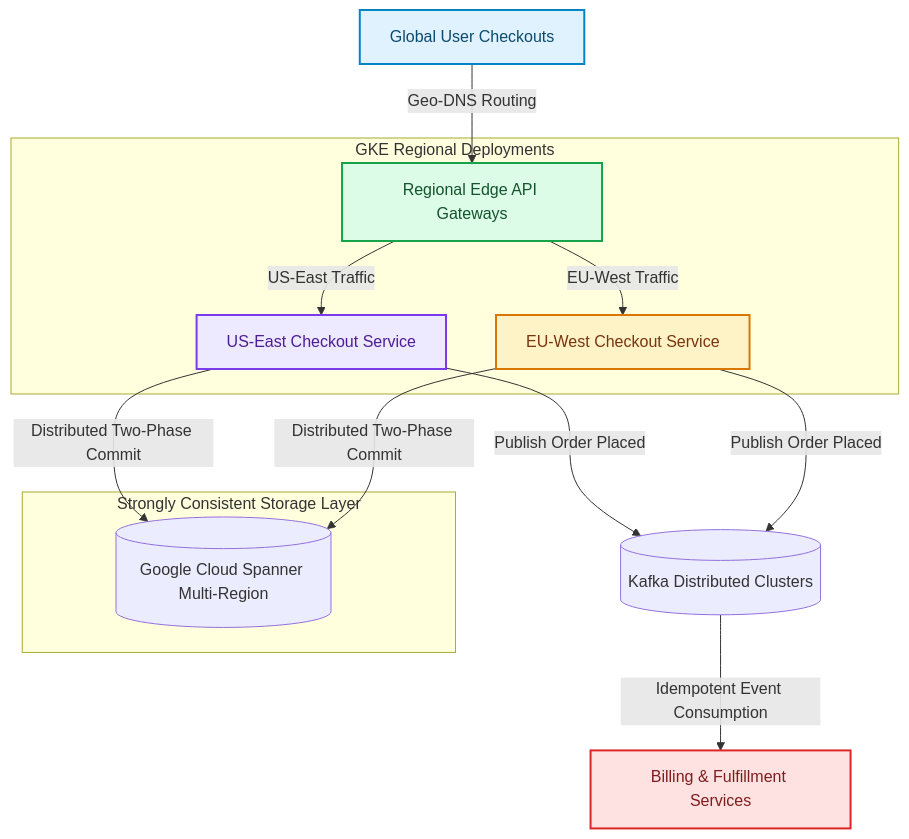
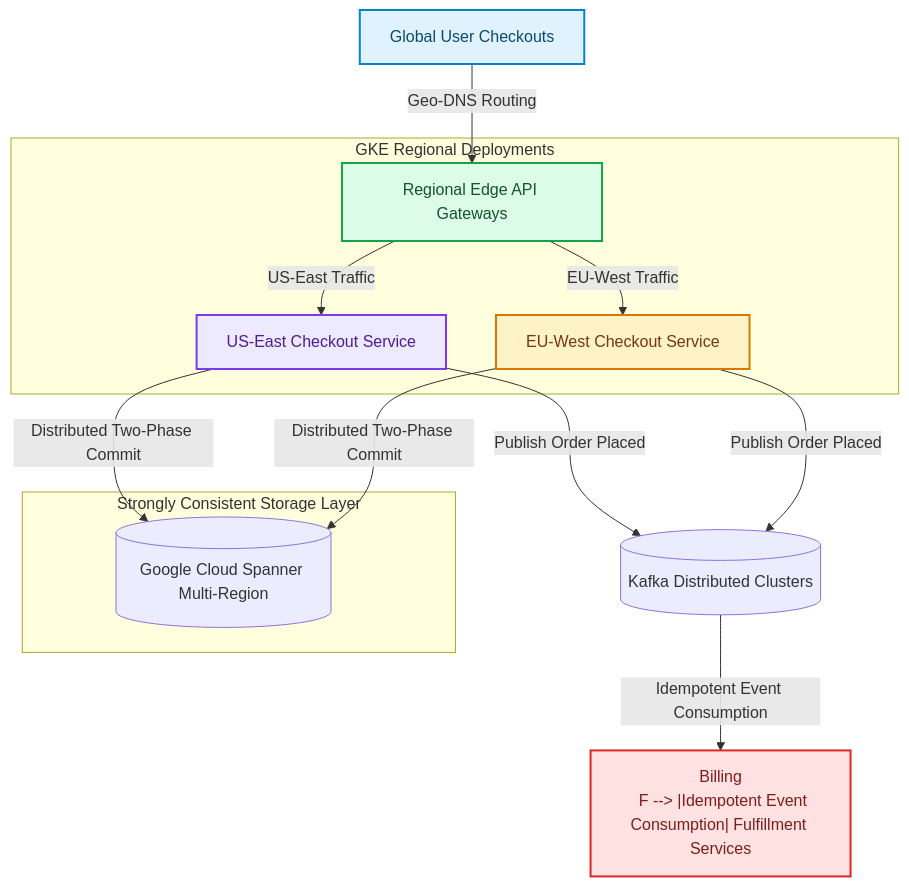
One commit to akmalkhaniub/akmalkhaniub.github.io changed the diagram in blog/posts/case-study-ecommerce-multi-region-checkout-ordering-pipelines.md. Above: the diagram before and after it, drawn with Mermaid. The commit also changed other lines of this file and 894 other files, not shown here.

Commit message:
feat(blog): upgrade all 444 posts with unique staggered dates, 2-col Mermaid spines, benchmark tables, code blocks, and trade-offs

````diff
--- a/blog/posts/case-study-ecommerce-multi-region-checkout-ordering-pipelines.md
+++ b/blog/posts/case-study-ecommerce-multi-region-checkout-ordering-pipelines.md
@@ -38,30 +38,31 @@
 ```mermaid
 flowchart TD
   A["Global User Checkouts"] -->|Geo-DNS Routing| B["Regional Edge API Gateways"]
   
   subgraph SG1_GkeRegionalDeployments ["GKE Regional Deployments"]
     B -->|US-East Traffic| C["US-East Checkout Service"]
     B -->|EU-West Traffic| D["EU-West Checkout Service"]
   end
   
   subgraph SG2_StronglyConsistentStorage ["Strongly Consistent Storage Layer"]
     C -->|Distributed Two-Phase Commit| E[(Google Cloud Spanner Multi-Region)]
     D -->|Distributed Two-Phase Commit| E
   end
   
   C -->|Publish Order Placed| F[(Kafka Distributed Clusters)]
   D -->|Publish Order Placed| F
   
-  F -->|Idempotent Event Consumption| G["Billing & Fulfillment Services"]
+  F --> |Idempotent Event Consumption| G["Billing
+  F --> |Idempotent Event Consumption| Fulfillment Services"]
 
 classDef green fill:#dcfce7,stroke:#16a34a,stroke-width:2px,color:#14532d;
 classDef red fill:#fee2e2,stroke:#dc2626,stroke-width:2px,color:#7f1d1d;
 classDef blue fill:#e0f2fe,stroke:#0284c7,stroke-width:2px,color:#0c4a6e;
 classDef yellow fill:#fef3c7,stroke:#d97706,stroke-width:2px,color:#78350f;
 classDef purple fill:#ede9fe,stroke:#7c3aed,stroke-width:2px,color:#4c1d95;
 class A blue
 class B green
 class C purple
 class D yellow
 class G red
 ```
````
